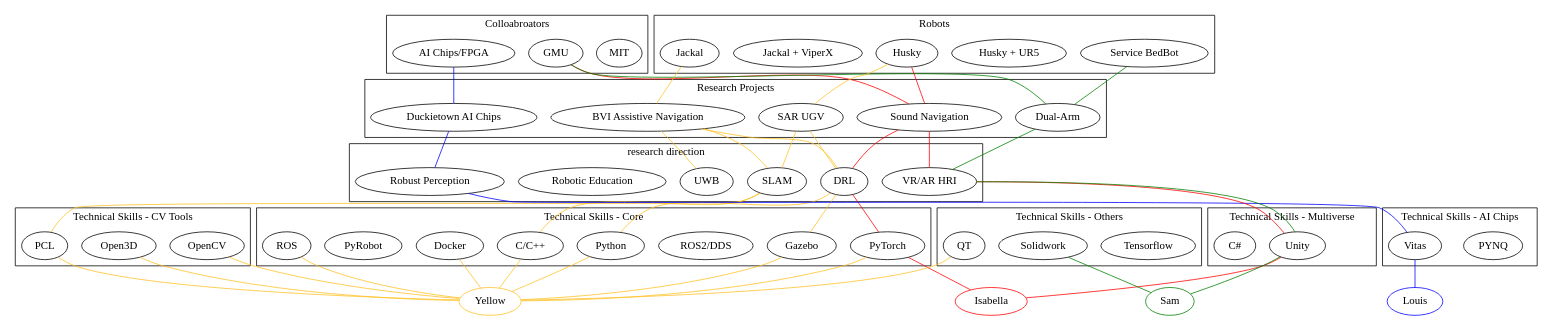
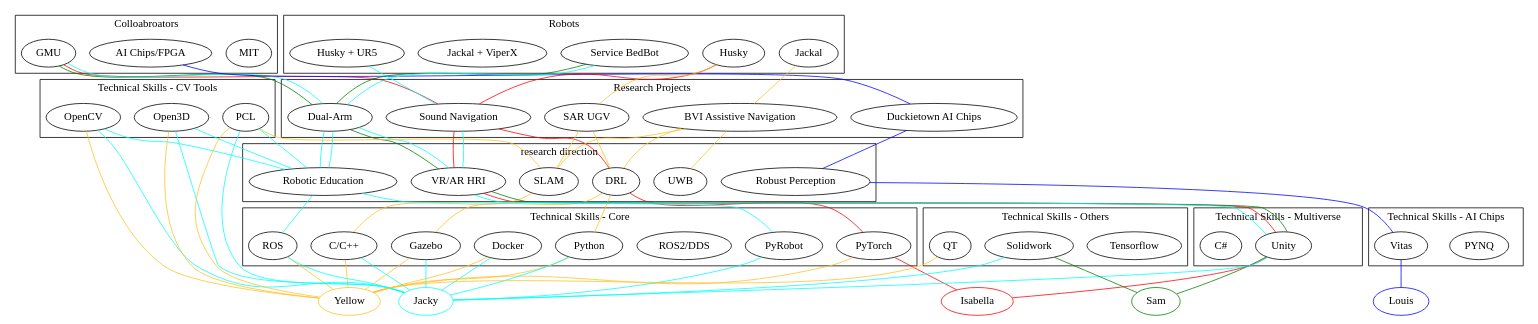
Before and after one commit to ARG-NCTU/robotics-skill-tree: the diagram in research_tree_lab.dot, drawn with Graphviz.

Commit message:
add jacky's skills

```diff
--- a/research_tree_lab.dot
+++ b/research_tree_lab.dot
@@ -1,69 +1,80 @@
 
 graph {
 subgraph cluster_A {
 label = "Colloabroators" ;
 "MIT" "GMU" "AI Chips/FPGA"
 }
 
 subgraph cluster_A1 {
 label = "Robots" ;
 "Husky" "Husky + UR5" "Jackal" "Jackal + ViperX" "Service BedBot"
 }
 
 subgraph cluster_B{
 label = "Research Projects" ;
 "Duckietown AI Chips" "Sound Navigation" "Dual-Arm" "SAR UGV" "BVI Assistive Navigation"
 
 }
 
 subgraph cluster_C{
 label = "research direction";
 "SLAM" "DRL" "Robust Perception" "VR/AR HRI" "Robotic Education" "UWB"
 }
 
 subgraph cluster_D{
 label = "Technical Skills - Core" ;
 "Docker" "ROS" "ROS2/DDS" "Gazebo" "PyTorch" "Python" "PyRobot" "C/C++"
 }
 
 subgraph cluster_D1{
 label = "Technical Skills - Multiverse" ;
 "Unity" "C#"
 }
 
 subgraph cluster_D2{
 label = "Technical Skills - AI Chips" ;
  "PYNQ" "Vitas"
 }
 
 subgraph cluster_D3{
 label = "Technical Skills - CV Tools" ;
  "OpenCV" "Open3D" "PCL"
 }
 
 subgraph cluster_D4{
 label = "Technical Skills - Others" ;
 "ROS" "ROS2/DDS" "Tensorflow" "Solidwork" "QT"
 }
 
 "Isabella" [color=red];
 "GMU" -- "Sound Navigation" -- "VR/AR HRI" -- "Unity" -- "Isabella"[color=red];
 "Husky" --  "Sound Navigation" -- "DRL" -- "PyTorch" -- "Isabella"[color=red];
 
 
 "Sam" [color=green];
 "GMU" -- "Dual-Arm" -- "VR/AR HRI" -- "Unity" -- "Sam"[color=green];
 "Service BedBot" --  "Dual-Arm" [color=green];
 "Solidwork" -- "Sam"[color=green];
 
 "Louis" [color=blue];
 "AI Chips/FPGA" -- "Duckietown AI Chips" -- "Robust Perception" -- "Vitas" -- "Louis"[color=blue];
 
 "Yellow" [color=goldenrod1];
 "Jackal" -- "BVI Assistive Navigation" -- "DRL"[color=goldenrod1] ;
             "BVI Assistive Navigation" -- "SLAM" -- "PCL"[color=goldenrod1] ;"SLAM" -- "C/C++"[color=goldenrod1] ;
             "BVI Assistive Navigation" -- "UWB"[color=goldenrod1] ;
 "Husky" -- "SAR UGV" -- "DRL"[color=goldenrod1];"DRL" -- "Gazebo"[color=goldenrod1];"DRL" -- "Python"[color=goldenrod1];
            "SAR UGV" -- "SLAM"[color=goldenrod1];
 "C/C++" -- "Yellow"[color=goldenrod1] ;"Python" -- "Yellow"[color=goldenrod1] ;"PyTorch" -- "Yellow"[color=goldenrod1] ;"Gazebo" -- "Yellow"[color=goldenrod1] ;"ROS" -- "Yellow"[color=goldenrod1] ;"Docker" -- "Yellow"[color=goldenrod1] ;"QT" -- "Yellow"[color=goldenrod1] ;"OpenCV" -- "Yellow"[color=goldenrod1] ;"Open3D" -- "Yellow"[color=goldenrod1] ;"PCL" -- "Yellow"[color=goldenrod1] ;
+
+"Jacky" [color=aqua];
+"GMU" -- "Dual-Arm" -- "Robotic Education"[color=aqua];
+"Service BedBot" -- "Dual-Arm" -- "Robotic Education"[color=aqua];
+                    "Dual-Arm" -- "VR/AR HRI"[color=aqua];
+"Husky + UR5" -- "Sound Navigation" -- "VR/AR HRI"[color=aqua];
+"PCL" -- "Jacky" [color=aqua];"Open3D" -- "Jacky" [color=aqua];"OpenCV" -- "Jacky" [color=aqua];"ROS" -- "Jacky" [color=aqua];"PyRobot" -- "Jacky" [color=aqua];
+"Docker" -- "Jacky" [color=aqua];"C/C++" -- "Jacky" [color=aqua];"Python" -- "Jacky" [color=aqua];"Gazebo" -- "Jacky" [color=aqua];"Solidwork" -- "Jacky" [color=aqua];"Unity" -- "Jacky" [color=aqua];
+"Unity" -- "VR/AR HRI"[color=aqua];
+"PCL" -- "Robotic Education"[color=aqua];"Open3D" -- "Robotic Education"[color=aqua];"OpenCV" -- "Robotic Education"[color=aqua];
+"ROS" -- "Robotic Education"[color=aqua];"PyRobot" -- "Robotic Education"[color=aqua];
 }
```
